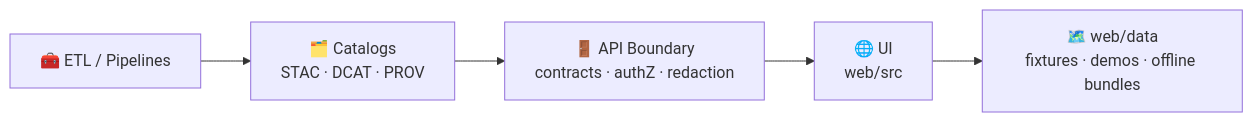
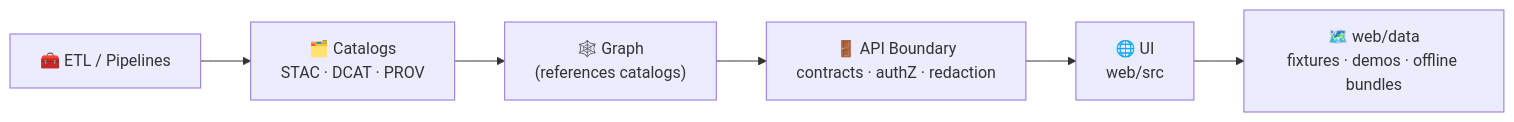
One commit to bartytime4life/Kansas-Frontier-Matrix changed the first of 2 diagrams in web/data/README.md. Above: the diagram before and after it, drawn with Mermaid. The commit also changed other lines of this file, not shown here.

````diff
--- a/web/data/README.md
+++ b/web/data/README.md
@@ -79,7 +133,8 @@
 ```mermaid
 flowchart LR
   ETL["🧰 ETL / Pipelines"] --> CAT["🗂️ Catalogs<br/>STAC · DCAT · PROV"]
-  CAT --> API["🚪 API Boundary<br/>contracts · authZ · redaction"]
+  CAT --> G["🕸️ Graph<br/>(references catalogs)"]
+  G --> API["🚪 API Boundary<br/>contracts · authZ · redaction"]
   API --> UI["🌐 UI<br/>web/src"]
   UI --> WD["🗺️ web/data<br/>fixtures · demos · offline bundles"]
 ```
````
